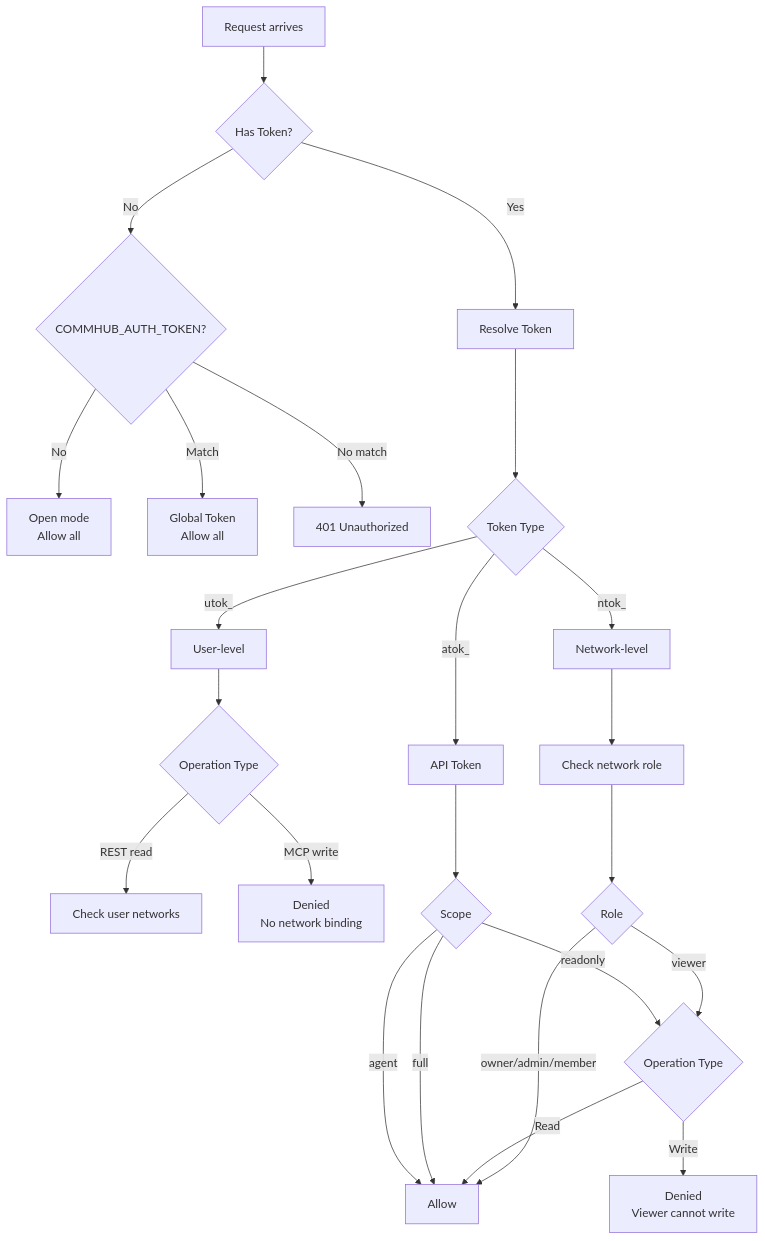
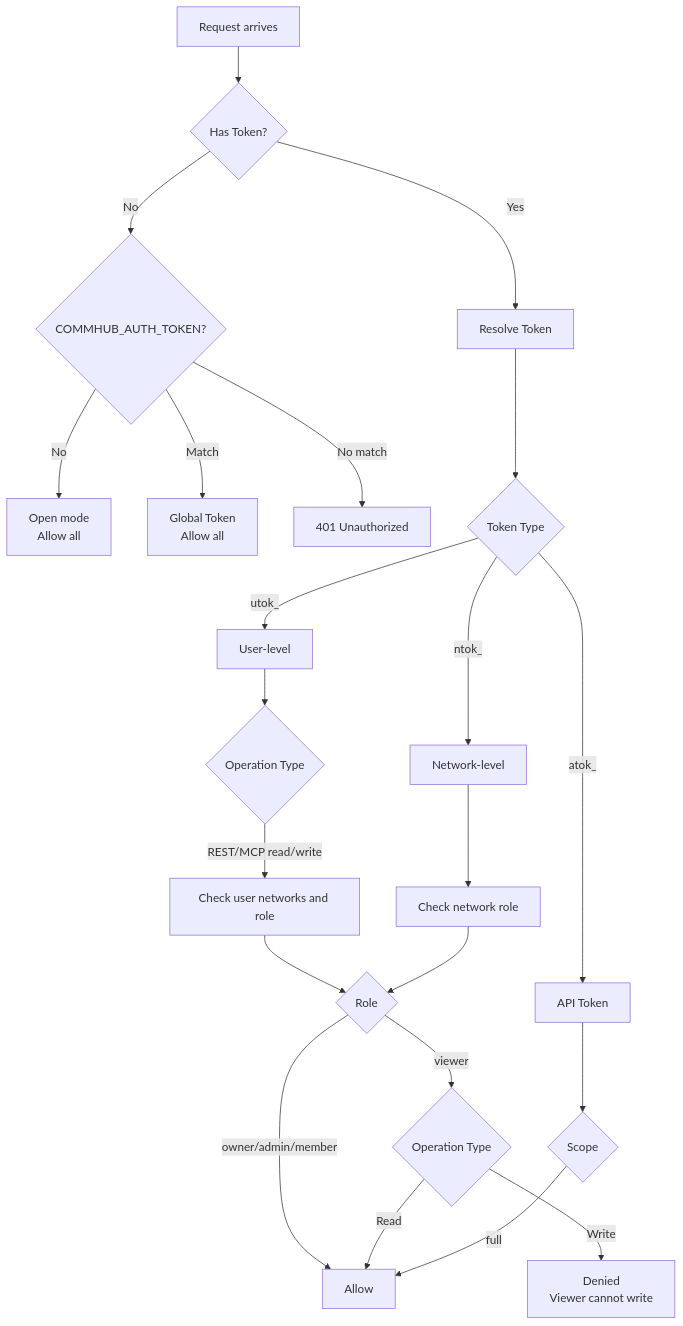
One commit to sleep2agi/agent-network changed the diagram in docs-site/docs/en/concepts/tokens.md. Above: the diagram before and after it, drawn with Mermaid. The commit also changed other lines of this file and 70 other files, not shown here.

````diff
--- a/docs-site/docs/en/concepts/tokens.md
+++ b/docs-site/docs/en/concepts/tokens.md
@@ -150,30 +143,28 @@
 ```mermaid
 flowchart TD
     REQ[Request arrives] --> CHECK{Has Token?}
     CHECK -->|No| LEGACY{COMMHUB_AUTH_TOKEN?}
     LEGACY -->|No| OPEN[Open mode<br/>Allow all]
     LEGACY -->|Match| GLOBAL[Global Token<br/>Allow all]
     LEGACY -->|No match| DENY1[401 Unauthorized]
 
     CHECK -->|Yes| RESOLVE[Resolve Token]
     RESOLVE --> TYPE{Token Type}
 
     TYPE -->|utok_| UTOK[User-level]
     UTOK --> UTOK_OP{Operation Type}
-    UTOK_OP -->|REST read| SCOPE_CHECK[Check user networks]
-    UTOK_OP -->|MCP write| DENY2[Denied<br/>No network binding]
+    UTOK_OP -->|REST/MCP read/write| SCOPE_CHECK[Check user networks and role]
+    SCOPE_CHECK --> ROLE
 
     TYPE -->|ntok_| NTOK[Network-level]
     NTOK --> NET_ROLE[Check network role]
     NET_ROLE --> ROLE{Role}
     ROLE -->|owner/admin/member| ALLOW[Allow]
     ROLE -->|viewer| VIEW_OP{Operation Type}
     VIEW_OP -->|Read| ALLOW
     VIEW_OP -->|Write| DENY3[Denied<br/>Viewer cannot write]
 
     TYPE -->|atok_| ATOK[API Token]
     ATOK --> ATOK_SCOPE{Scope}
     ATOK_SCOPE -->|full| ALLOW
-    ATOK_SCOPE -->|agent| ALLOW
-    ATOK_SCOPE -->|readonly| VIEW_OP
 ```
````
